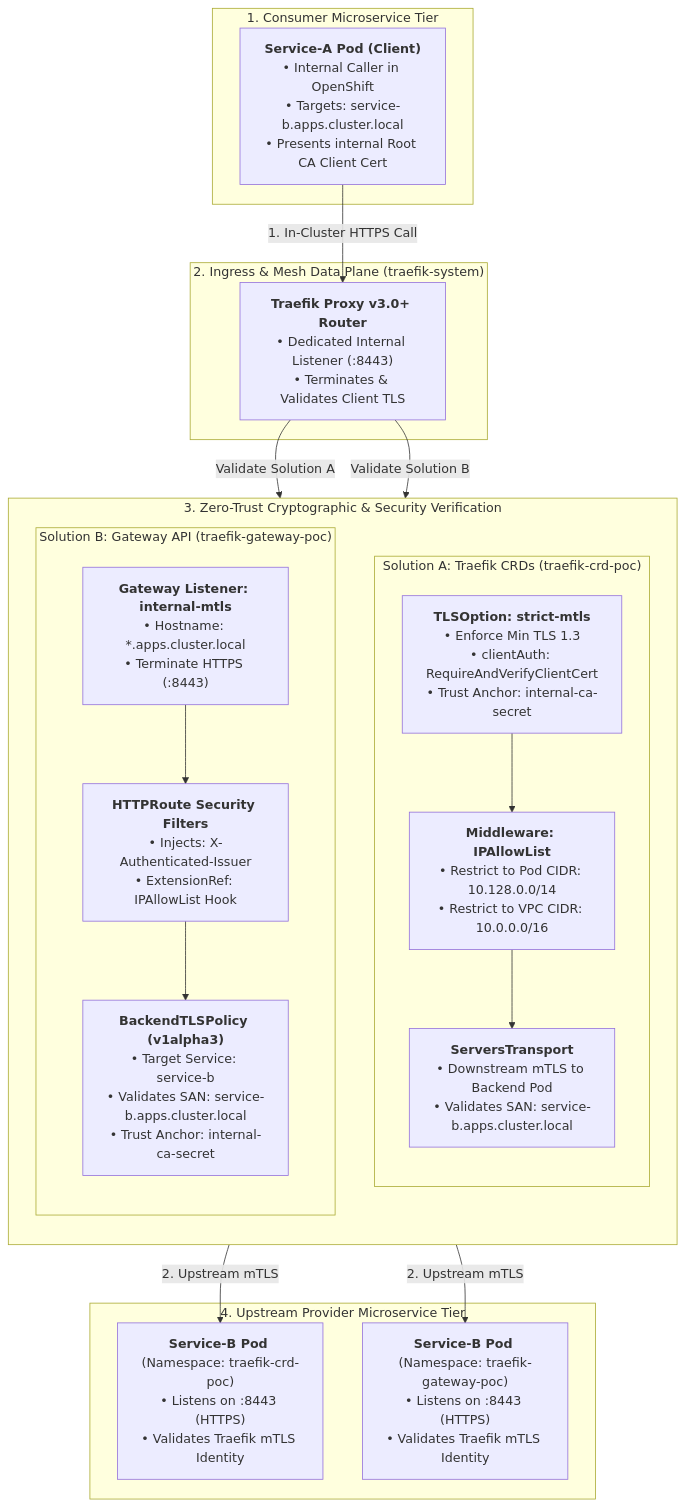
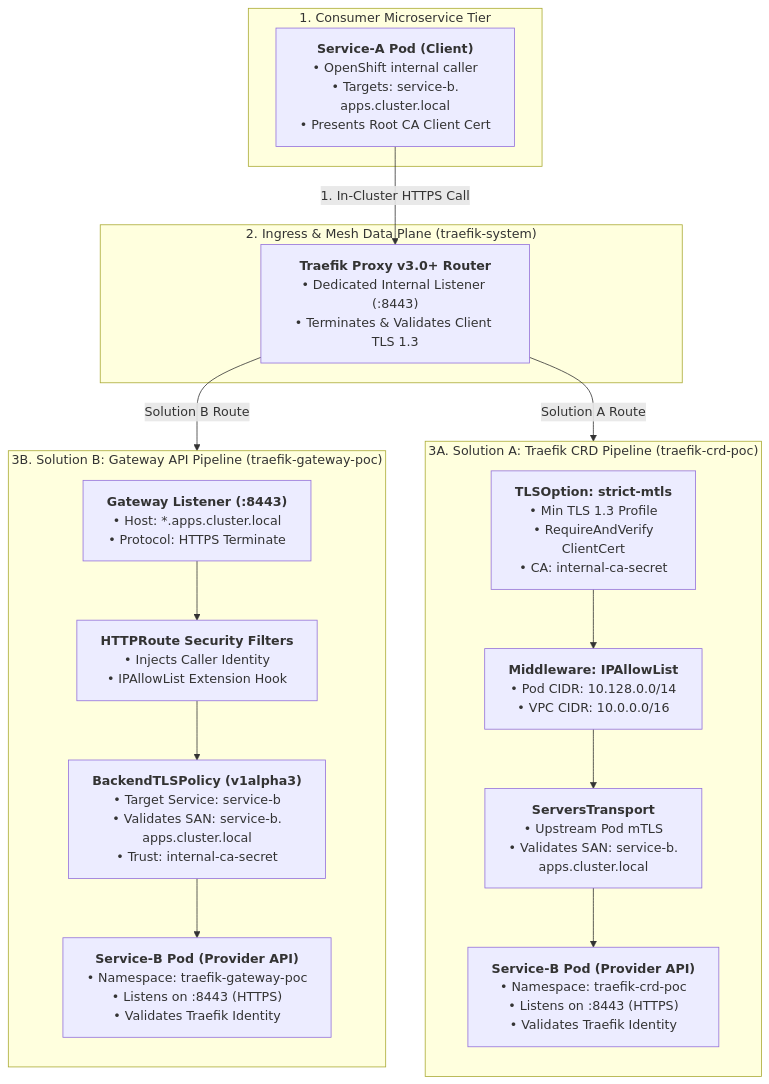
One commit to nubenetes/traefik-fqdn-management-poc-openshift-aws changed the second of 2 diagrams in README.md. Above: the diagram before and after it, drawn with Mermaid.

Commit message:
fix(mermaid): resolve text clipping in East-West architecture diagram by tuning wrapping width and splitting long FQDN tokens

````diff
--- a/README.md
+++ b/README.md
@@ -188,43 +188,33 @@
 ```mermaid
+%%{init: {"flowchart": {"wrappingWidth": 280}}}%%
 flowchart TD
     subgraph Client_Tier ["1. Consumer Microservice Tier"]
-        ServiceA["<b>Service-A Pod (Client)</b><br/>• Internal Caller in OpenShift<br/>• Targets: service-b.apps.cluster.local<br/>• Presents internal Root CA Client Cert"]
+        ServiceA["<b>Service-A Pod (Client)</b><br/>• OpenShift internal caller<br/>• Targets: service-b.<br/>apps.cluster.local<br/>• Presents Root CA Client Cert"]
     end
 
-    subgraph Ingress_Mesh ["2. Ingress & Mesh Data Plane (traefik-system)"]
-        TraefikInternal["<b>Traefik Proxy v3.0+ Router</b><br/>• Dedicated Internal Listener (:8443)<br/>• Terminates & Validates Client TLS"]
+    subgraph Ingress_Tier ["2. Ingress & Mesh Data Plane (traefik-system)"]
+        TraefikInternal["<b>Traefik Proxy v3.0+ Router</b><br/>• Dedicated Internal Listener (:8443)<br/>• Terminates & Validates Client TLS 1.3"]
     end
 
-    subgraph Policy_Validation ["3. Zero-Trust Cryptographic & Security Verification"]
+    subgraph SolA ["3A. Solution A: Traefik CRD Pipeline (traefik-crd-poc)"]
         direction TB
-
-        subgraph SolA_Security ["Solution A: Traefik CRDs (traefik-crd-poc)"]
-            direction TB
-            TLSOption["<b>TLSOption: strict-mtls</b><br/>• Enforce Min TLS 1.3<br/>• clientAuth: RequireAndVerifyClientCert<br/>• Trust Anchor: internal-ca-secret"]
-            MW_IP["<b>Middleware: IPAllowList</b><br/>• Restrict to Pod CIDR: 10.128.0.0/14<br/>• Restrict to VPC CIDR: 10.0.0.0/16"]
-            ST["<b>ServersTransport</b><br/>• Downstream mTLS to Backend Pod<br/>• Validates SAN: service-b.apps.cluster.local"]
-            TLSOption --> MW_IP --> ST
-        end
-
-        subgraph SolB_Security ["Solution B: Gateway API (traefik-gateway-poc)"]
-            direction TB
-            GW_Internal["<b>Gateway Listener: internal-mtls</b><br/>• Hostname: *.apps.cluster.local<br/>• Terminate HTTPS (:8443)"]
-            HR_Filter["<b>HTTPRoute Security Filters</b><br/>• Injects: X-Authenticated-Issuer<br/>• ExtensionRef: IPAllowList Hook"]
-            BTLP["<b>BackendTLSPolicy (v1alpha3)</b><br/>• Target Service: service-b<br/>• Validates SAN: service-b.apps.cluster.local<br/>• Trust Anchor: internal-ca-secret"]
-            GW_Internal --> HR_Filter --> BTLP
-        end
+        TLSOption["<b>TLSOption: strict-mtls</b><br/>• Min TLS 1.3 Profile<br/>• RequireAndVerify<br/>ClientCert<br/>• CA: internal-ca-secret"]
+        MW_IP["<b>Middleware: IPAllowList</b><br/>• Pod CIDR: 10.128.0.0/14<br/>• VPC CIDR: 10.0.0.0/16"]
+        ST["<b>ServersTransport</b><br/>• Upstream Pod mTLS<br/>• Validates SAN: service-b.<br/>apps.cluster.local"]
+        ServiceB_A["<b>Service-B Pod (Provider API)</b><br/>• Namespace: traefik-crd-poc<br/>• Listens on :8443 (HTTPS)<br/>• Validates Traefik Identity"]
+        TLSOption --> MW_IP --> ST --> ServiceB_A
     end
 
-    subgraph Provider_Tier ["4. Upstream Provider Microservice Tier"]
-        ServiceB_A["<b>Service-B Pod</b> (Namespace: traefik-crd-poc)<br/>• Listens on :8443 (HTTPS)<br/>• Validates Traefik mTLS Identity"]
-        ServiceB_B["<b>Service-B Pod</b> (Namespace: traefik-gateway-poc)<br/>• Listens on :8443 (HTTPS)<br/>• Validates Traefik mTLS Identity"]
+    subgraph SolB ["3B. Solution B: Gateway API Pipeline (traefik-gateway-poc)"]
+        direction TB
+        GW_Internal["<b>Gateway Listener (:8443)</b><br/>• Host: *.apps.cluster.local<br/>• Protocol: HTTPS Terminate"]
+        HR_Filter["<b>HTTPRoute Security Filters</b><br/>• Injects Caller Identity<br/>• IPAllowList Extension Hook"]
+        BTLP["<b>BackendTLSPolicy (v1alpha3)</b><br/>• Target Service: service-b<br/>• Validates SAN: service-b.<br/>apps.cluster.local<br/>• Trust: internal-ca-secret"]
+        ServiceB_B["<b>Service-B Pod (Provider API)</b><br/>• Namespace: traefik-gateway-poc<br/>• Listens on :8443 (HTTPS)<br/>• Validates Traefik Identity"]
+        GW_Internal --> HR_Filter --> BTLP --> ServiceB_B
     end
 
     ServiceA -->|"1. In-Cluster HTTPS Call"| TraefikInternal
-
-    TraefikInternal -->|"Validate Solution A"| TLSOption
-    ST -->|"2. Upstream mTLS"| ServiceB_A
-
-    TraefikInternal -->|"Validate Solution B"| GW_Internal
-    BTLP -->|"2. Upstream mTLS"| ServiceB_B
+    TraefikInternal -->|"Solution A Route"| TLSOption
+    TraefikInternal -->|"Solution B Route"| GW_Internal
 ```
````
